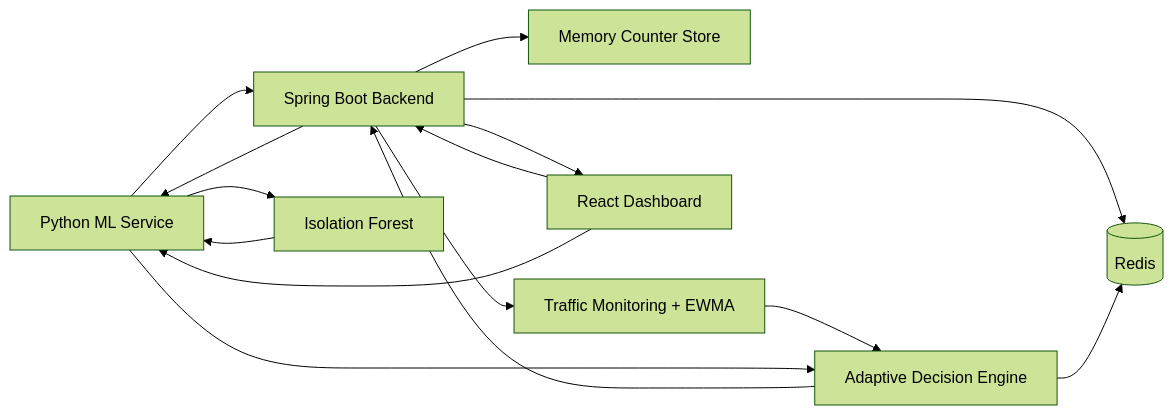
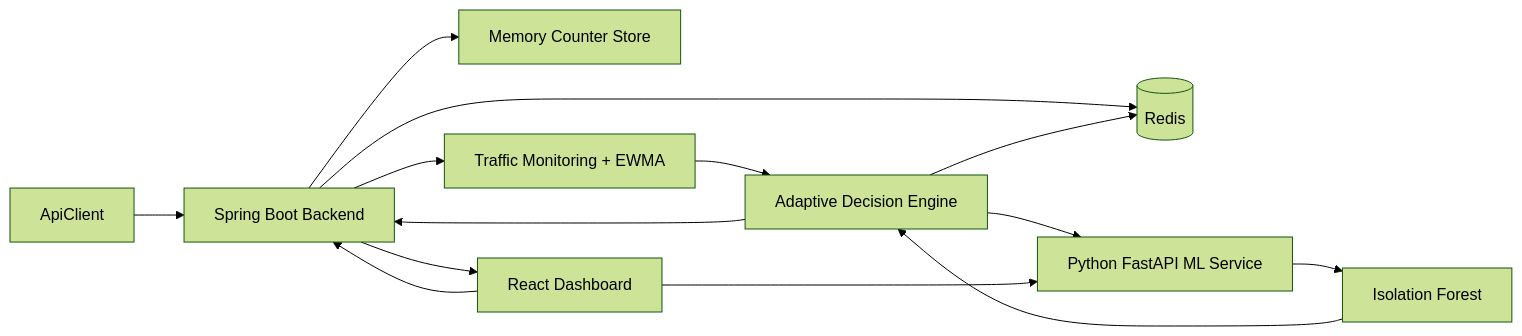
One commit to pragya638/adaptive-rate-limiter changed the first of 2 diagrams in README.md. Above: the diagram before and after it, drawn with Mermaid (forest theme). The commit also changed other lines of this file, not shown here.

````diff
--- a/README.md
+++ b/README.md
@@ -46,17 +53,16 @@
 ```mermaid
 flowchart LR
-    Client --> SpringBoot[Spring Boot Backend]
-    SpringBoot --> Memory[Memory Counter Store]
+    ApiClient --> SpringBoot[Spring Boot Backend]
+    SpringBoot --> MemoryStore[Memory Counter Store]
     SpringBoot --> Redis[(Redis)]
     SpringBoot --> Monitor[Traffic Monitoring + EWMA]
     Monitor --> Engine[Adaptive Decision Engine]
-    SpringBoot --> Client[Python ML Service]
-    Client --> IF[Isolation Forest]
-    IF --> Client
-    Client --> Engine
+    Engine --> MlService[Python FastAPI ML Service]
+    MlService --> IF[Isolation Forest]
+    IF --> Engine
     Engine --> Redis
     Engine --> SpringBoot
     SpringBoot --> Dashboard[React Dashboard]
     Dashboard --> SpringBoot
-    Dashboard --> Client
+    Dashboard --> MlService
 ```
````
